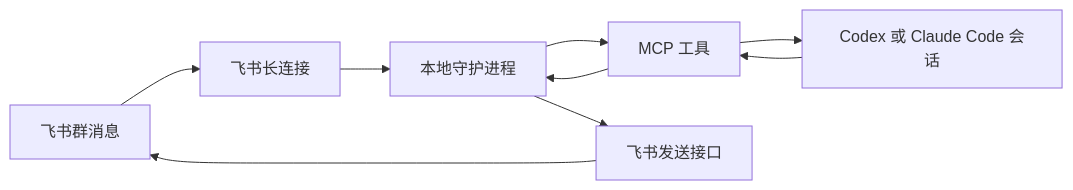
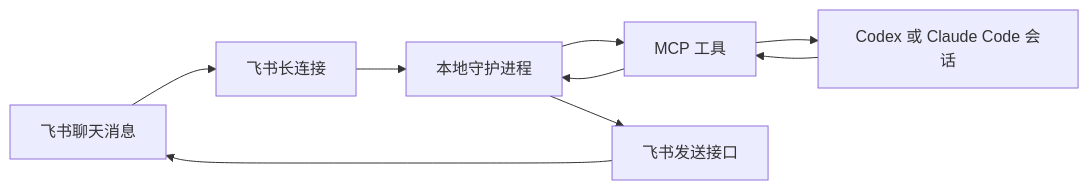
One commit to LingoPlayground/lark-connect changed the diagram in README.md. Above: the diagram before and after it, drawn with Mermaid. The commit also changed other lines of this file and 40 other files, not shown here.

````diff
--- a/README.md
+++ b/README.md
@@ -146,11 +152,11 @@
 ```mermaid
 flowchart LR
-  A["飞书群消息"] --> B["飞书长连接"]
+  A["飞书聊天消息"] --> B["飞书长连接"]
   B --> C["本地守护进程"]
   C --> D["MCP 工具"]
   D --> E["Codex 或 Claude Code 会话"]
   E --> D
   D --> C
   C --> F["飞书发送接口"]
   F --> A
 ```
````
